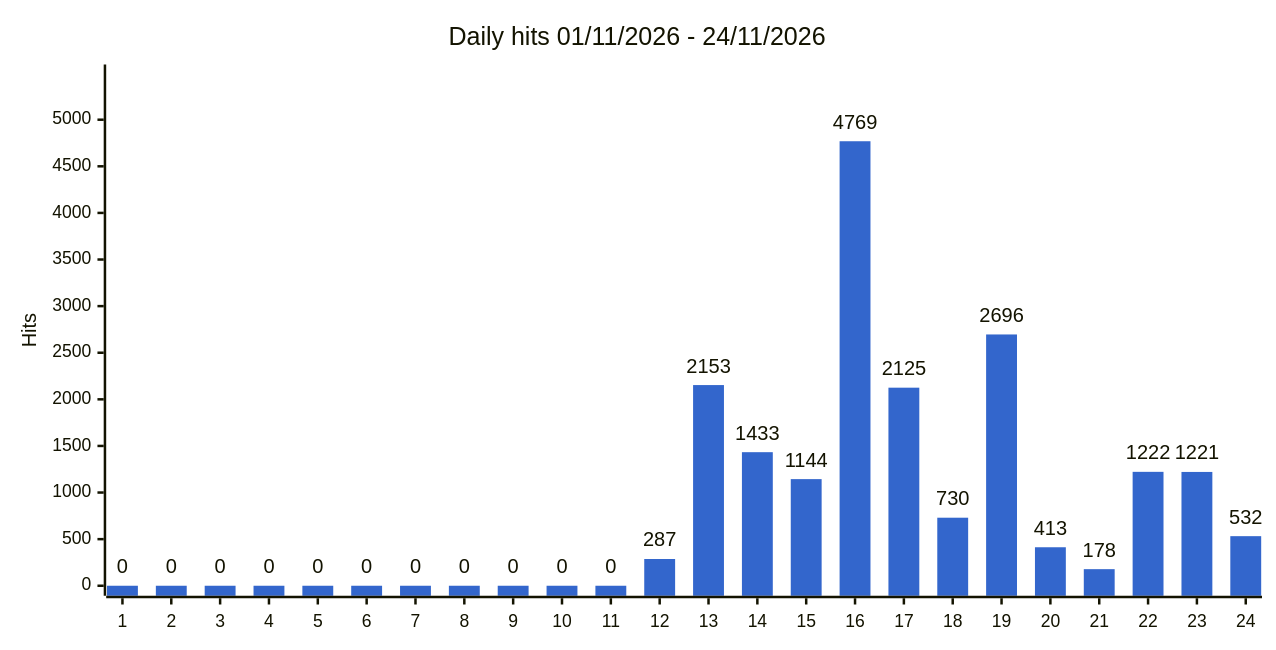
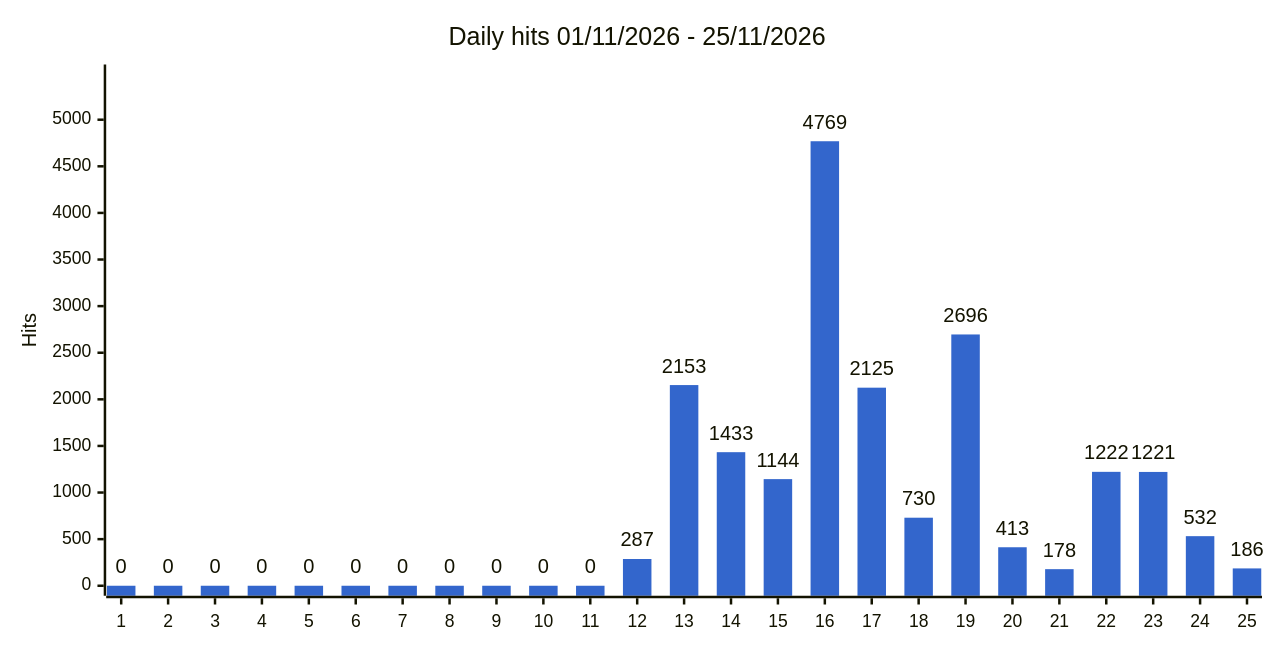
The third of 4 diagrams in docs/stats.md (gmoulard/wikipedia2book), drawn with Mermaid before and after one commit. The commit also changed other lines of this file and 3 other files, not shown here.

````diff
--- a/docs/stats.md
+++ b/docs/stats.md
@@ -43,8 +43,8 @@
 ```mermaid
 %%{init: {"xyChart": {"width": 1000, "showDataLabel": true, "showDataLabelOutsideBar": true}, "themeVariables": {"xyChart": {"plotColorPalette": "#3366cc"}}}}%%
 xychart-beta
-    title "Daily hits 01/11/2026 - 24/11/2026"
-    x-axis ["1", "2", "3", "4", "5", "6", "7", "8", "9", "10", "11", "12", "13", "14", "15", "16", "17", "18", "19", "20", "21", "22", "23", "24"]
+    title "Daily hits 01/11/2026 - 25/11/2026"
+    x-axis ["1", "2", "3", "4", "5", "6", "7", "8", "9", "10", "11", "12", "13", "14", "15", "16", "17", "18", "19", "20", "21", "22", "23", "24", "25"]
     y-axis "Hits" 0 --> 5485
-    bar [0, 0, 0, 0, 0, 0, 0, 0, 0, 0, 0, 287, 2153, 1433, 1144, 4769, 2125, 730, 2696, 413, 178, 1222, 1221, 532]
+    bar [0, 0, 0, 0, 0, 0, 0, 0, 0, 0, 0, 287, 2153, 1433, 1144, 4769, 2125, 730, 2696, 413, 178, 1222, 1221, 532, 186]
 ```
````
